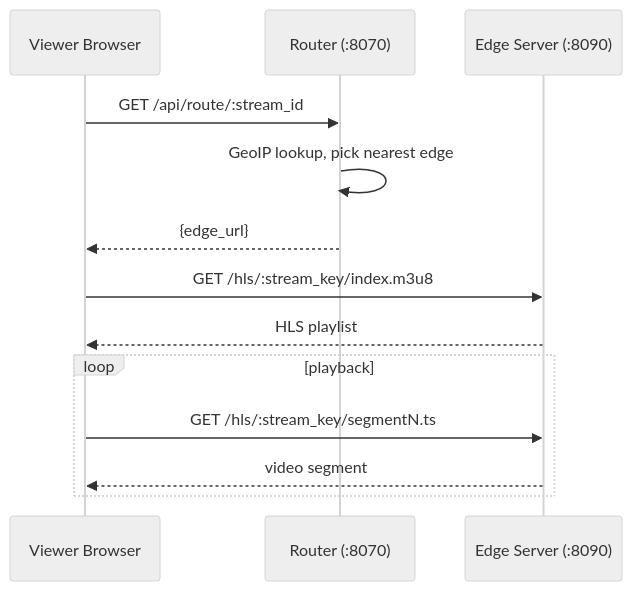
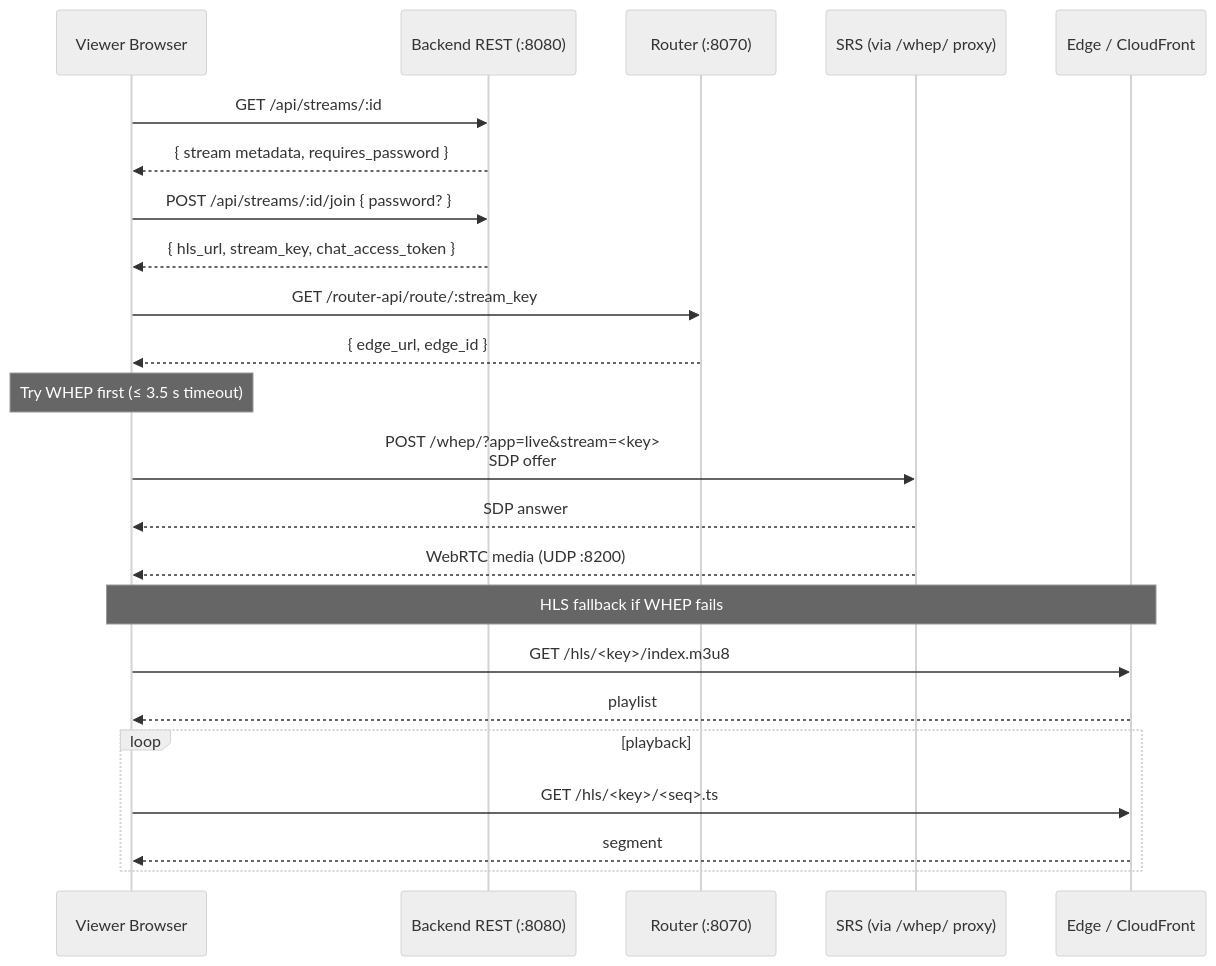
One commit to Dakotahernandez/fidget-livestreaming changed the sixth of 7 diagrams in docs/architecture.md. Above: the diagram before and after it, drawn with Mermaid (neutral theme). The commit also changed other lines of this file and 2 other files, not shown here.

````diff
--- a/docs/architecture.md
+++ b/docs/architecture.md
@@ -268,16 +312,29 @@
 ```mermaid
 sequenceDiagram
-    participant Viewer as Viewer Browser
+    participant V as Viewer Browser
+    participant REST as Backend REST (:8080)
     participant Router as Router (:8070)
-    participant Edge as Edge Server (:8090)
+    participant SRS as SRS (via /whep/ proxy)
+    participant Edge as Edge / CloudFront
 
-    Viewer->>Router: GET /api/route/:stream_id
-    Router->>Router: GeoIP lookup, pick nearest edge
-    Router-->>Viewer: {edge_url}
-    Viewer->>Edge: GET /hls/:stream_key/index.m3u8
-    Edge-->>Viewer: HLS playlist
+    V->>REST: GET /api/streams/:id
+    REST-->>V: { stream metadata, requires_password }
+    V->>REST: POST /api/streams/:id/join { password? }
+    REST-->>V: { hls_url, stream_key, chat_access_token }
+
+    V->>Router: GET /router-api/route/:stream_key
+    Router-->>V: { edge_url, edge_id }
+
+    Note over V: Try WHEP first (≤ 3.5 s timeout)
+    V->>SRS: POST /whep/?app=live&stream=<key><br/>SDP offer
+    SRS-->>V: SDP answer
+    SRS-->>V: WebRTC media (UDP :8200)
+
+    Note over V,Edge: HLS fallback if WHEP fails
+    V->>Edge: GET /hls/<key>/index.m3u8
+    Edge-->>V: playlist
     loop playback
-        Viewer->>Edge: GET /hls/:stream_key/segmentN.ts
-        Edge-->>Viewer: video segment
+        V->>Edge: GET /hls/<key>/<seq>.ts
+        Edge-->>V: segment
     end
 ```
````
